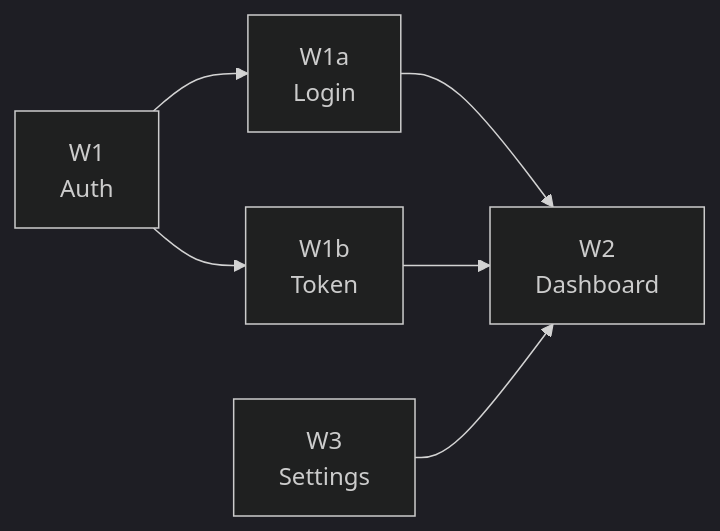
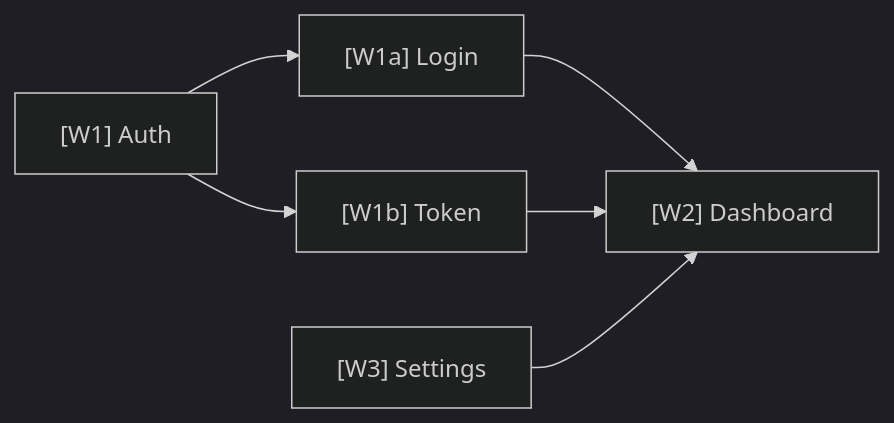
The third of 3 diagrams in core/skills/wdd/SKILL.md (sjquant/ghosts), drawn with Mermaid (dark theme) before and after one commit. The commit also changed other lines of this file and 4 other files, not shown here.

````diff
--- a/core/skills/wdd/SKILL.md
+++ b/core/skills/wdd/SKILL.md
@@ -157,8 +163,8 @@
 ```mermaid
 graph LR
-  W1["W1\nAuth"] --> W1a["W1a\nLogin"]
-  W1["W1\nAuth"] --> W1b["W1b\nToken"]
-  W1a --> W2["W2\nDashboard"]
+  W1["[W1] Auth"] --> W1a["[W1a] Login"]
+  W1["[W1] Auth"] --> W1b["[W1b] Token"]
+  W1a --> W2["[W2] Dashboard"]
   W1b --> W2
-  W3["W3\nSettings"] --> W2
+  W3["[W3] Settings"] --> W2
 ```
````
